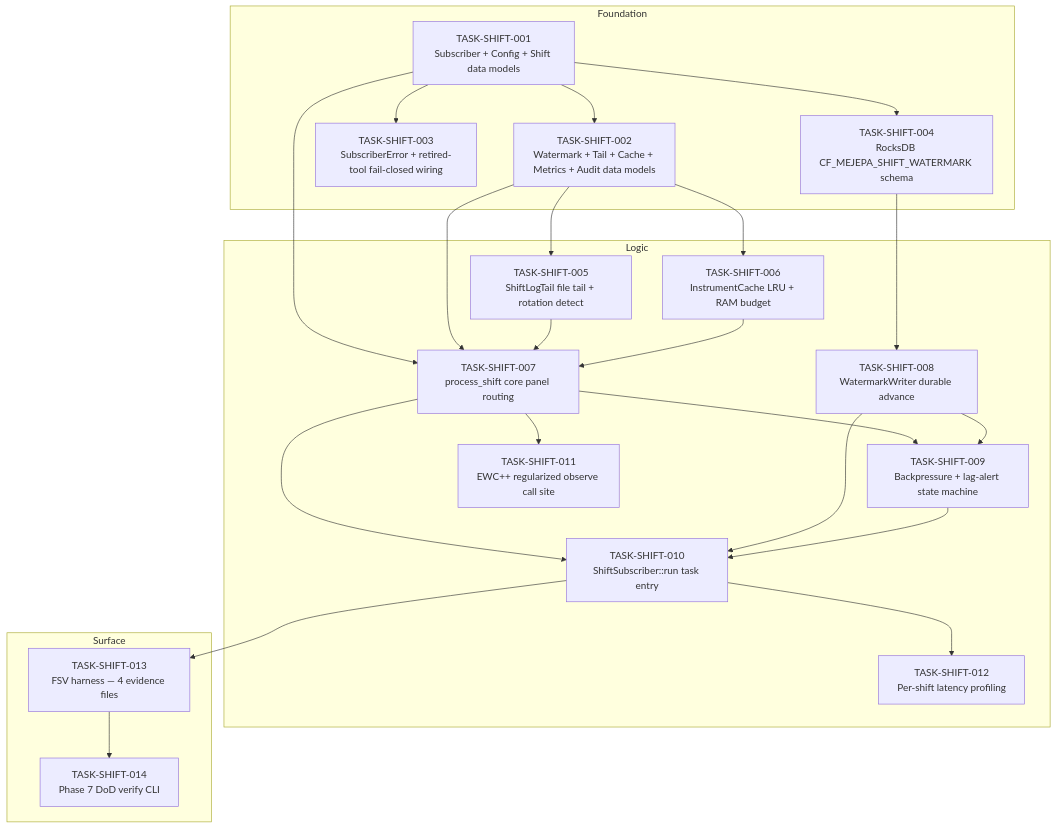
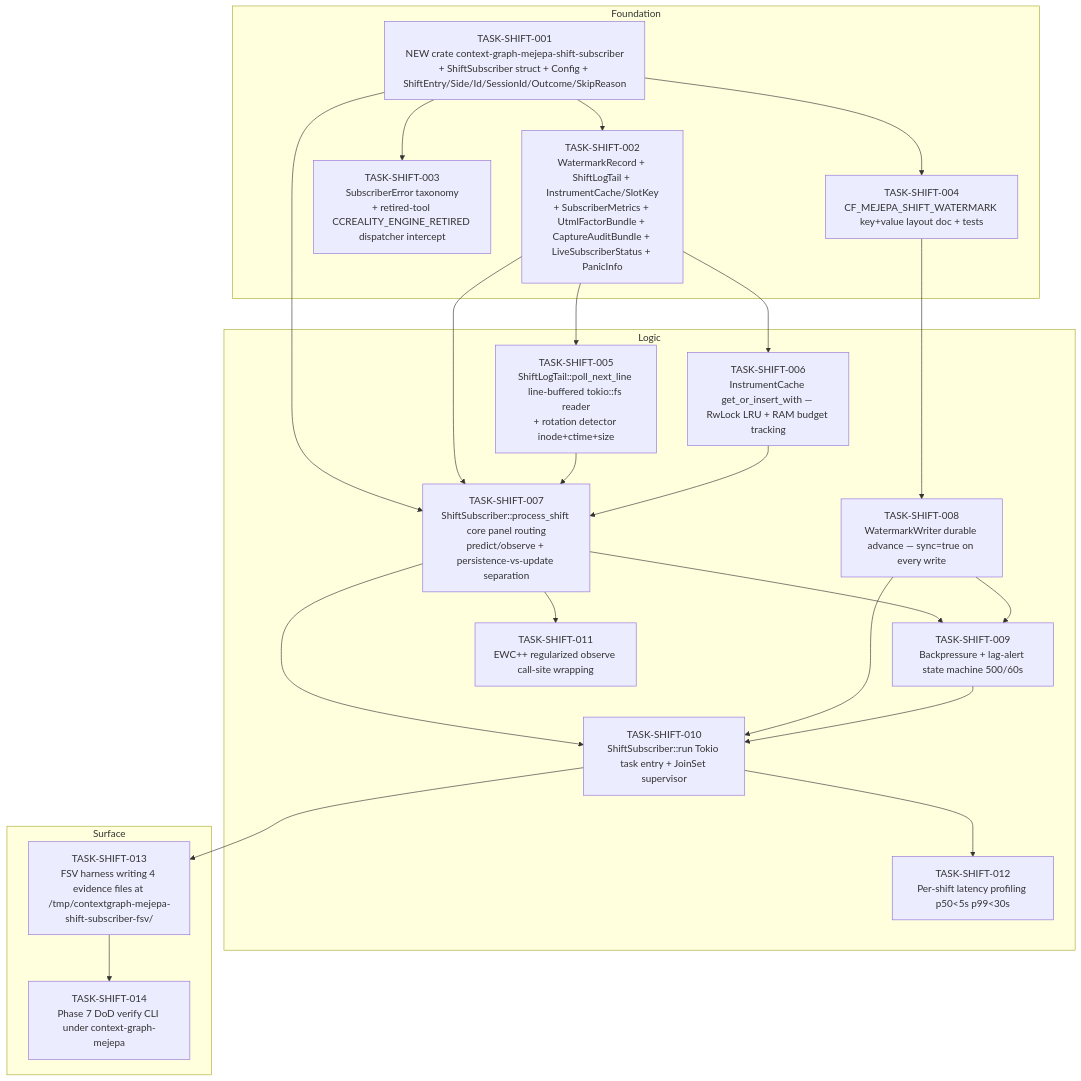
Before and after one commit to ChrisRoyse/contextgraph: the diagram in docs/ruvectorfindings/specs/tasks/phase7-shift-subscriber/_index.md, drawn with Mermaid. The commit also changed other lines of this file and 1 other file, not shown here.

First line of the commit message:
docs(phase7-specs): sharpen task scope against verified codebase reality

````diff
--- a/docs/ruvectorfindings/specs/tasks/phase7-shift-subscriber/_index.md
+++ b/docs/ruvectorfindings/specs/tasks/phase7-shift-subscriber/_index.md
@@ -35,43 +66,43 @@
 ```mermaid
 graph TD
     subgraph Foundation
-        T001[TASK-SHIFT-001<br/>Subscriber + Config + Shift data models]
-        T002[TASK-SHIFT-002<br/>Watermark + Tail + Cache + Metrics + Audit data models]
-        T003[TASK-SHIFT-003<br/>SubscriberError + retired-tool fail-closed wiring]
-        T004[TASK-SHIFT-004<br/>RocksDB CF_MEJEPA_SHIFT_WATERMARK schema]
+        T001[TASK-SHIFT-001<br/>NEW crate context-graph-mejepa-shift-subscriber<br/>+ ShiftSubscriber struct + Config + ShiftEntry/Side/Id/SessionId/Outcome/SkipReason]
+        T002[TASK-SHIFT-002<br/>WatermarkRecord + ShiftLogTail + InstrumentCache/SlotKey<br/>+ SubscriberMetrics + UtmlFactorBundle + CaptureAuditBundle + LiveSubscriberStatus + PanicInfo]
+        T003[TASK-SHIFT-003<br/>SubscriberError taxonomy<br/>+ retired-tool CCREALITY_ENGINE_RETIRED dispatcher intercept]
+        T004[TASK-SHIFT-004<br/>CF_MEJEPA_SHIFT_WATERMARK key+value layout doc + tests]
     end
     subgraph Logic
-        T005[TASK-SHIFT-005<br/>ShiftLogTail file tail + rotation detect]
-        T006[TASK-SHIFT-006<br/>InstrumentCache LRU + RAM budget]
-        T007[TASK-SHIFT-007<br/>process_shift core panel routing]
-        T008[TASK-SHIFT-008<br/>WatermarkWriter durable advance]
-        T009[TASK-SHIFT-009<br/>Backpressure + lag-alert state machine]
-        T010[TASK-SHIFT-010<br/>ShiftSubscriber::run task entry]
-        T011[TASK-SHIFT-011<br/>EWC++ regularized observe call site]
-        T012[TASK-SHIFT-012<br/>Per-shift latency profiling]
+        T005[TASK-SHIFT-005<br/>ShiftLogTail::poll_next_line line-buffered tokio::fs reader<br/>+ rotation detector inode+ctime+size]
+        T006[TASK-SHIFT-006<br/>InstrumentCache get_or_insert_with — RwLock LRU + RAM budget tracking]
+        T007[TASK-SHIFT-007<br/>ShiftSubscriber::process_shift core panel routing<br/>predict/observe + persistence-vs-update separation]
+        T008[TASK-SHIFT-008<br/>WatermarkWriter durable advance — sync=true on every write]
+        T009[TASK-SHIFT-009<br/>Backpressure + lag-alert state machine 500/60s]
+        T010[TASK-SHIFT-010<br/>ShiftSubscriber::run Tokio task entry + JoinSet supervisor]
+        T011[TASK-SHIFT-011<br/>EWC++ regularized observe call-site wrapping]
+        T012[TASK-SHIFT-012<br/>Per-shift latency profiling p50&lt;5s p99&lt;30s]
     end
     subgraph Surface
-        T013[TASK-SHIFT-013<br/>FSV harness — 4 evidence files]
-        T014[TASK-SHIFT-014<br/>Phase 7 DoD verify CLI]
+        T013[TASK-SHIFT-013<br/>FSV harness writing 4 evidence files at /tmp/contextgraph-mejepa-shift-subscriber-fsv/]
+        T014[TASK-SHIFT-014<br/>Phase 7 DoD verify CLI under context-graph-mejepa]
     end
 
     T001 --> T002
     T001 --> T003
     T001 --> T004
     T002 --> T005
     T002 --> T006
     T004 --> T008
     T001 --> T007
     T002 --> T007
     T005 --> T007
     T006 --> T007
     T007 --> T009
     T008 --> T009
     T007 --> T010
     T008 --> T010
     T009 --> T010
     T007 --> T011
     T010 --> T012
     T010 --> T013
     T013 --> T014
 ```
````
